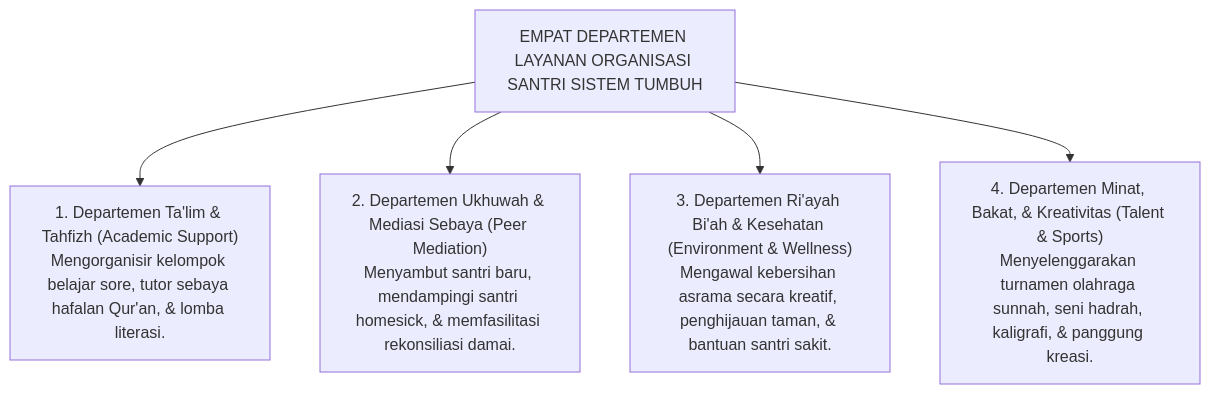
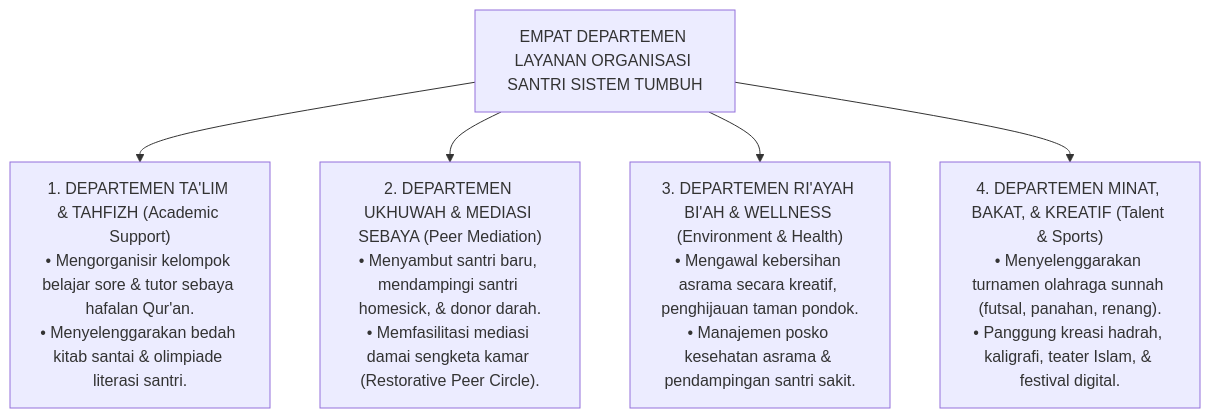
One commit to wandiapriliyandi/tumbuh changed the second of 3 diagrams in BOOK-SERIES/Volume-01/Bab-04-Kritik-Feodalisme-dan-Distorsi-Tawadhu/05-Transformasi-Organisasi-Santri-Pengayom.md. Above: the diagram before and after it, drawn with Mermaid. The commit also changed other lines of this file and 24 other files, not shown here.

Commit message:
feat(book-01): perkaya dan perdalam seluruh isi subbab bab 02 s.d. 07 dengan elaborasi komprehensif, analisis mendalam, dan diagram alur lengkap

````diff
--- a/BOOK-SERIES/Volume-01/Bab-04-Kritik-Feodalisme-dan-Distorsi-Tawadhu/05-Transformasi-Organisasi-Santri-Pengayom.md
+++ b/BOOK-SERIES/Volume-01/Bab-04-Kritik-Feodalisme-dan-Distorsi-Tawadhu/05-Transformasi-Organisasi-Santri-Pengayom.md
@@ -36,12 +39,12 @@
 ```mermaid
 graph TD
     RootDept["EMPAT DEPARTEMEN LAYANAN ORGANISASI SANTRI SISTEM TUMBUH"]
     
-    RootDept --> D1["1. Departemen Ta'lim & Tahfizh (Academic Support)<br/>Mengorganisir kelompok belajar sore, tutor sebaya hafalan Qur'an, & lomba literasi."]
+    RootDept --> D1["1. DEPARTEMEN TA'LIM & TAHFIZH (Academic Support)<br/>• Mengorganisir kelompok belajar sore & tutor sebaya hafalan Qur'an.<br/>• Menyelenggarakan bedah kitab santai & olimpiade literasi santri."]
     
-    RootDept --> D2["2. Departemen Ukhuwah & Mediasi Sebaya (Peer Mediation)<br/>Menyambut santri baru, mendampingi santri homesick, & memfasilitasi rekonsiliasi damai."]
+    RootDept --> D2["2. DEPARTEMEN UKHUWAH & MEDIASI SEBAYA (Peer Mediation)<br/>• Menyambut santri baru, mendampingi santri homesick, & donor darah.<br/>• Memfasilitasi mediasi damai sengketa kamar (Restorative Peer Circle)."]
     
-    RootDept --> D3["3. Departemen Ri'ayah Bi'ah & Kesehatan (Environment & Wellness)<br/>Mengawal kebersihan asrama secara kreatif, penghijauan taman, & bantuan santri sakit."]
+    RootDept --> D3["3. DEPARTEMEN RI'AYAH BI'AH & WELLNESS (Environment & Health)<br/>• Mengawal kebersihan asrama secara kreatif, penghijauan taman pondok.<br/>• Manajemen posko kesehatan asrama & pendampingan santri sakit."]
     
-    RootDept --> D4["4. Departemen Minat, Bakat, & Kreativitas (Talent & Sports)<br/>Menyelenggarakan turnamen olahraga sunnah, seni hadrah, kaligrafi, & panggung kreasi."]
+    RootDept --> D4["4. DEPARTEMEN MINAT, BAKAT, & KREATIF (Talent & Sports)<br/>• Menyelenggarakan turnamen olahraga sunnah (futsal, panahan, renang).<br/>• Panggung kreasi hadrah, kaligrafi, teater Islam, & festival digital."]
 ```
````
